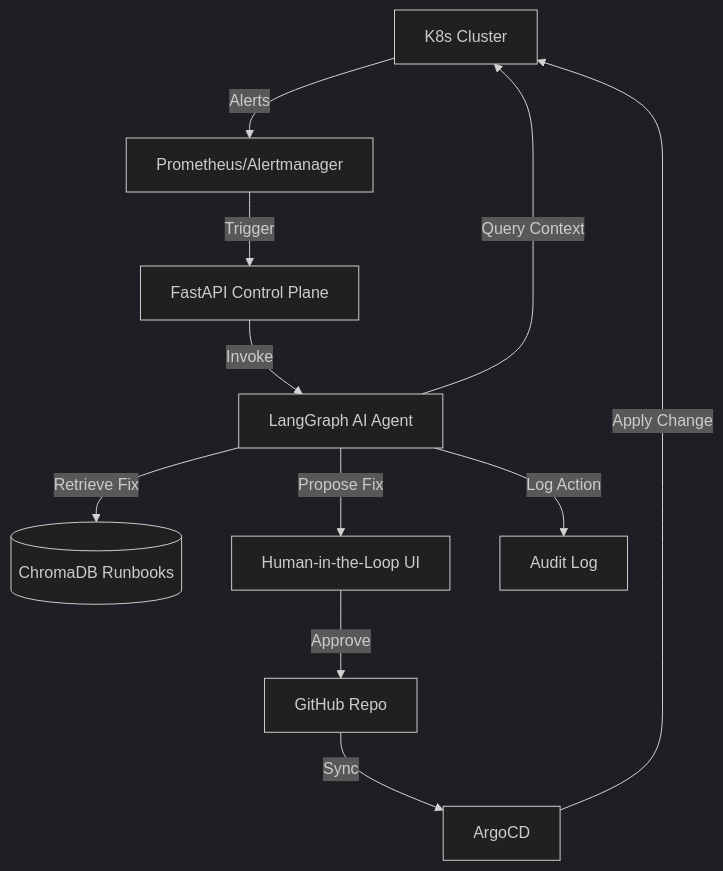
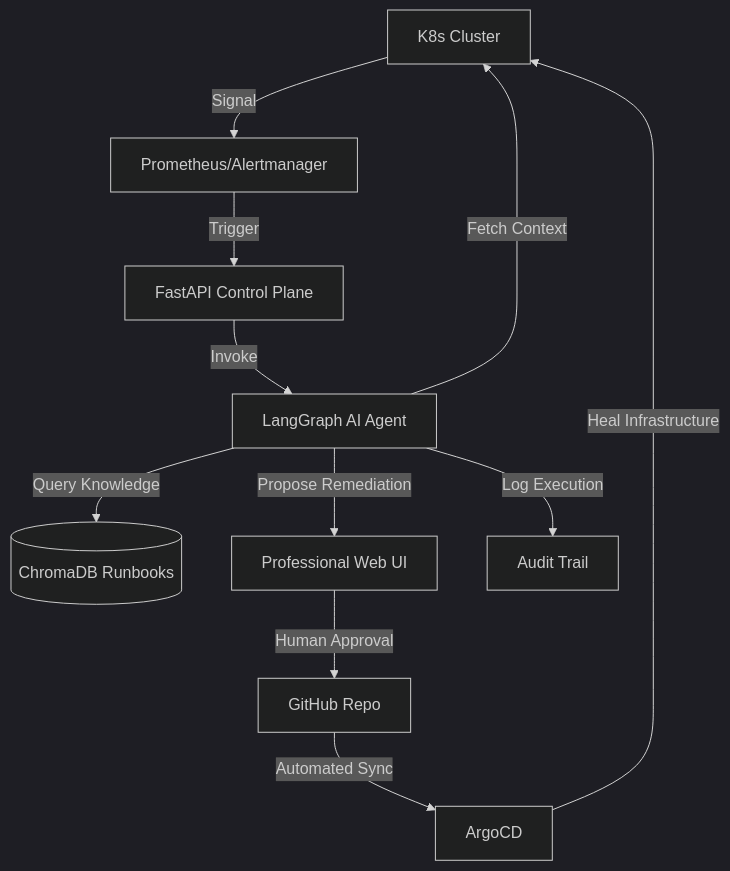
One commit to Ayush-Singh986/GitOps-Driven-Self-Healing-Infrastructure changed the diagram in README.md. Above: the diagram before and after it, drawn with Mermaid (dark theme). The commit also changed other lines of this file, not shown here.

````diff
--- a/README.md
+++ b/README.md
@@ -125,13 +44,13 @@
 ```mermaid
 graph TD
-    A[K8s Cluster] -->|Alerts| B[Prometheus/Alertmanager]
+    A[K8s Cluster] -->|Signal| B[Prometheus/Alertmanager]
     B -->|Trigger| C[FastAPI Control Plane]
     C -->|Invoke| D[LangGraph AI Agent]
-    D -->|Query Context| A
-    D -->|Retrieve Fix| E[(ChromaDB Runbooks)]
-    D -->|Propose Fix| F[Human-in-the-Loop UI]
-    F -->|Approve| G[GitHub Repo]
-    G -->|Sync| H[ArgoCD]
-    H -->|Apply Change| A
-    D -->|Log Action| I[Audit Log]
+    D -->|Fetch Context| A
+    D -->|Query Knowledge| E[(ChromaDB Runbooks)]
+    D -->|Propose Remediation| F[Professional Web UI]
+    F -->|Human Approval| G[GitHub Repo]
+    G -->|Automated Sync| H[ArgoCD]
+    H -->|Heal Infrastructure| A
+    D -->|Log Execution| I[Audit Trail]
 ```
````
